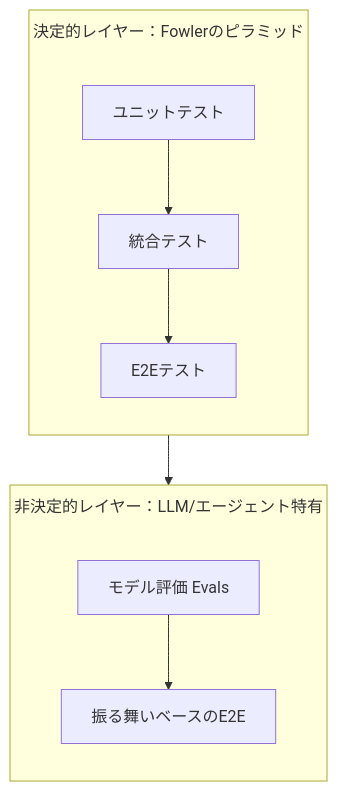
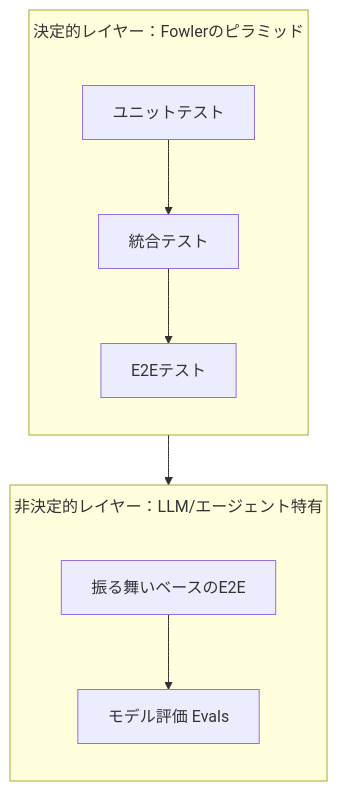
The seventh of 7 diagrams in Beautiful-testing-guide.md (myoshi2891/Quality-Assurance-Studies), drawn with Mermaid before and after one commit. The commit also changed other lines of this file, not shown here.

````diff
--- a/Beautiful-testing-guide.md
+++ b/Beautiful-testing-guide.md
@@ -298,13 +302,13 @@
 ```mermaid
 %%{init: {'flowchart': {'subGraphTitleMargin': {'top': 10, 'bottom': 28}}} }%%
 flowchart TB
     subgraph Deterministic["決定的レイヤー：Fowlerのピラミッド"]
         direction TB
         U["ユニットテスト"] --> I["統合テスト"] --> E["E2Eテスト"]
     end
     subgraph NonDeterministic["非決定的レイヤー：LLM/エージェント特有"]
         direction TB
-        Eval["モデル評価 Evals"] --> Behavior["振る舞いベースのE2E"]
+        Behavior["振る舞いベースのE2E"] --> Eval["モデル評価 Evals"]
     end
     Deterministic --> NonDeterministic
 ```
````
